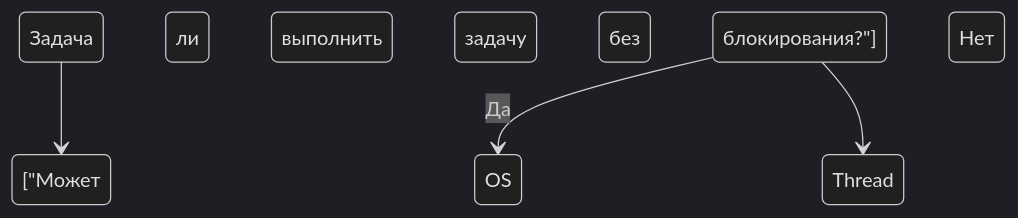
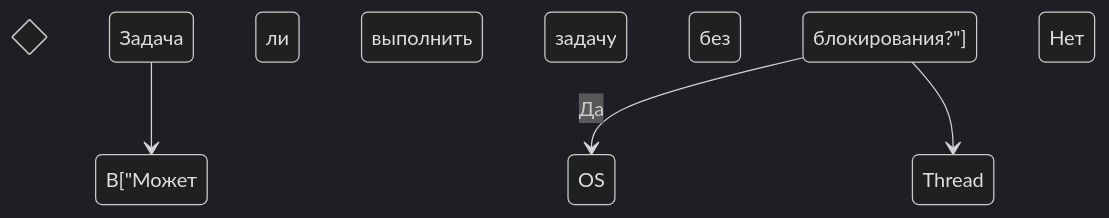
The diagram in Udemy/Node.js/README.md (zohidulla/training-skills), drawn with Mermaid (dark theme) before and after one commit.

Commit message:
Event Loop

````diff
--- a/Udemy/Node.js/README.md
+++ b/Udemy/Node.js/README.md
@@ -224,6 +224,7 @@
 ```mermaid
 stateDiagram-v2
-Задача --> ["Может ли OS выполнить задачу без блокирования?"]
-["Может ли OS выполнить задачу без блокирования?"] --> OS: Да
-["Может ли OS выполнить задачу без блокирования?"] --> Thread Pool: Нет
+  state if_state <<choice>>
+  Задача --> B["Может ли OS выполнить задачу без блокирования?"]
+  B["Может ли OS выполнить задачу без блокирования?"] --> OS: Да
+  B["Может ли OS выполнить задачу без блокирования?"] --> Thread Pool: Нет
 ```
````
